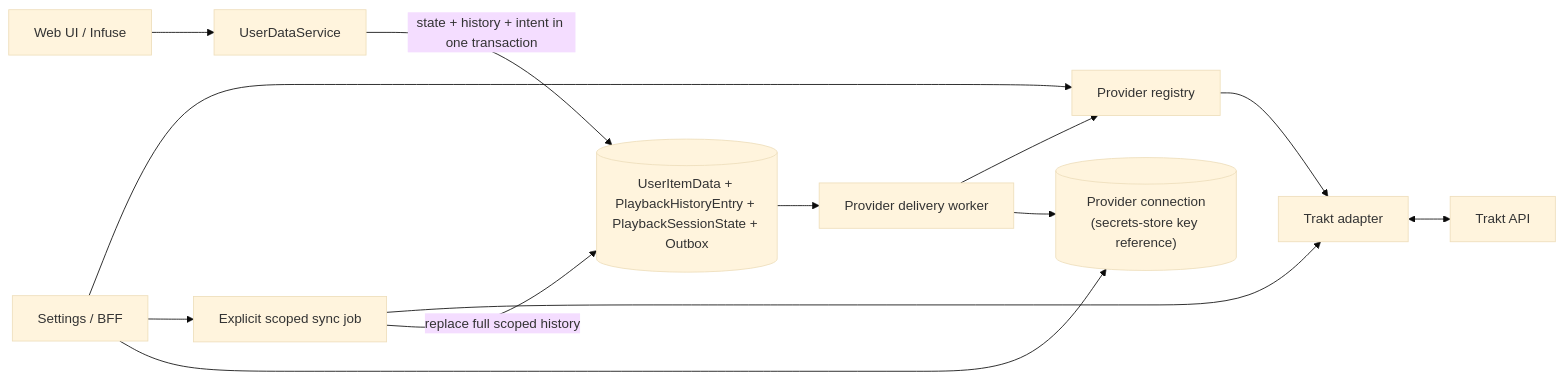
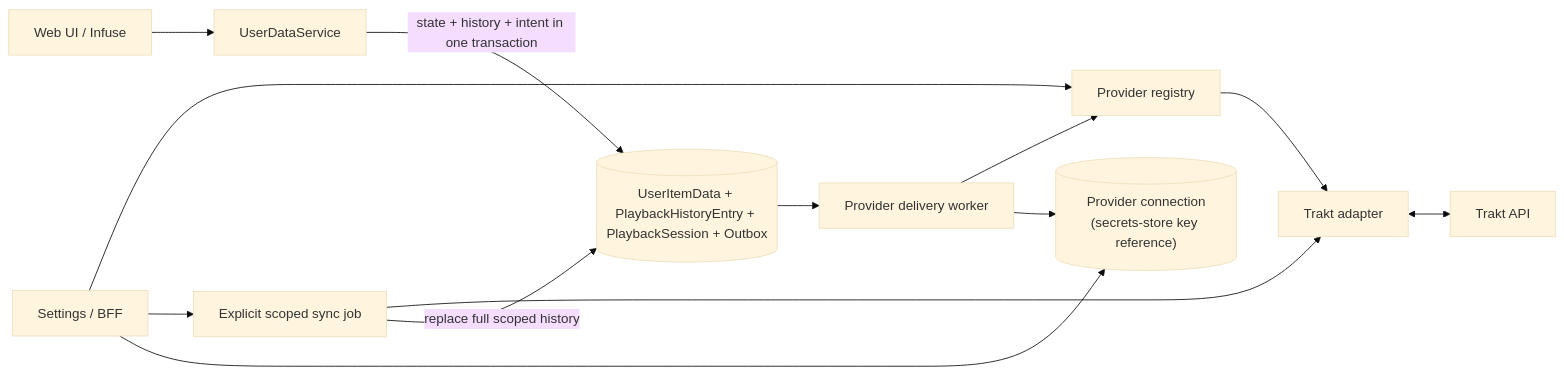
The diagram in docs/planning/trakt-watched-state-sync.md (alex-de-haas/media-server), drawn with Mermaid (base theme) before and after one commit. The commit also changed other lines of this file, not shown here.

````diff
--- a/docs/planning/trakt-watched-state-sync.md
+++ b/docs/planning/trakt-watched-state-sync.md
@@ -810,15 +824,15 @@
 ```mermaid
 flowchart LR
   PLAYER["Web UI / Infuse"] --> UDS["UserDataService"]
-  UDS -->|"state + history + intent in one transaction"| LOCAL[("UserItemData + PlaybackHistoryEntry + PlaybackSessionState + Outbox")]
+  UDS -->|"state + history + intent in one transaction"| LOCAL[("UserItemData + PlaybackHistoryEntry + PlaybackSession + Outbox")]
   OUTBOX["Provider delivery worker"] --> REGISTRY["Provider registry"]
   LOCAL --> OUTBOX
   REGISTRY --> TRAKT_ADAPTER["Trakt adapter"]
   TRAKT_ADAPTER <--> TRAKT["Trakt API"]
   SETTINGS["Settings / BFF"] --> REGISTRY
   SETTINGS --> SYNC["Explicit scoped sync job"]
   SYNC --> TRAKT_ADAPTER
   SYNC -->|"replace full scoped history"| LOCAL
   SETTINGS --> CONNECTION[("Provider connection<br/>(secrets-store key reference)")]
   OUTBOX --> CONNECTION
 ```
````
